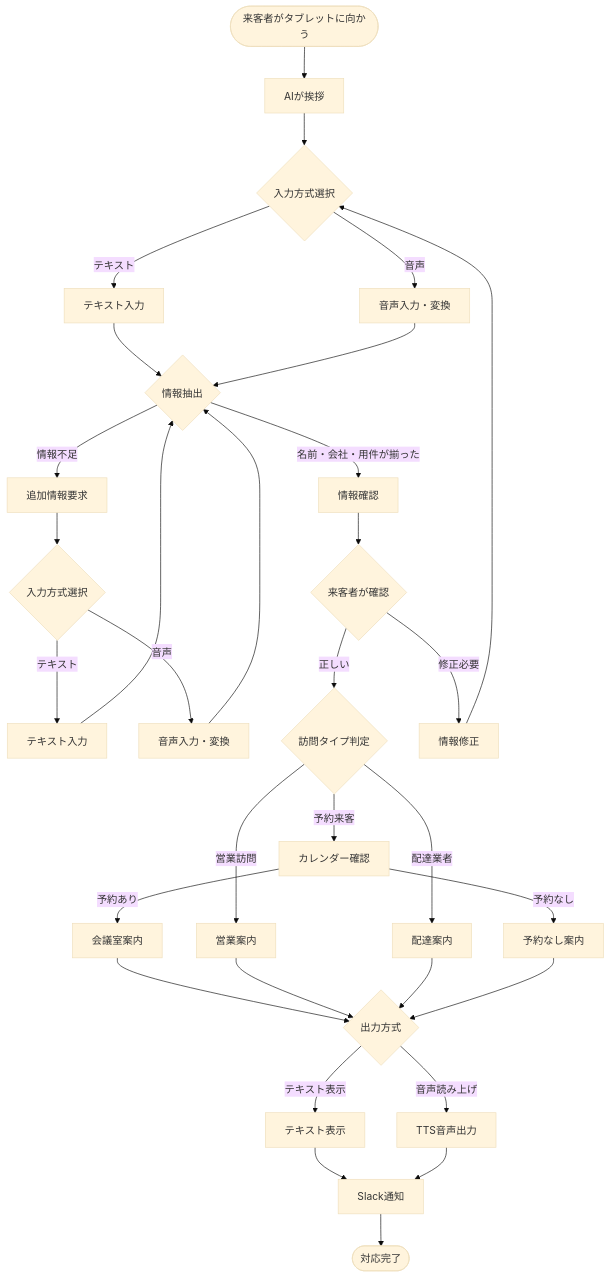
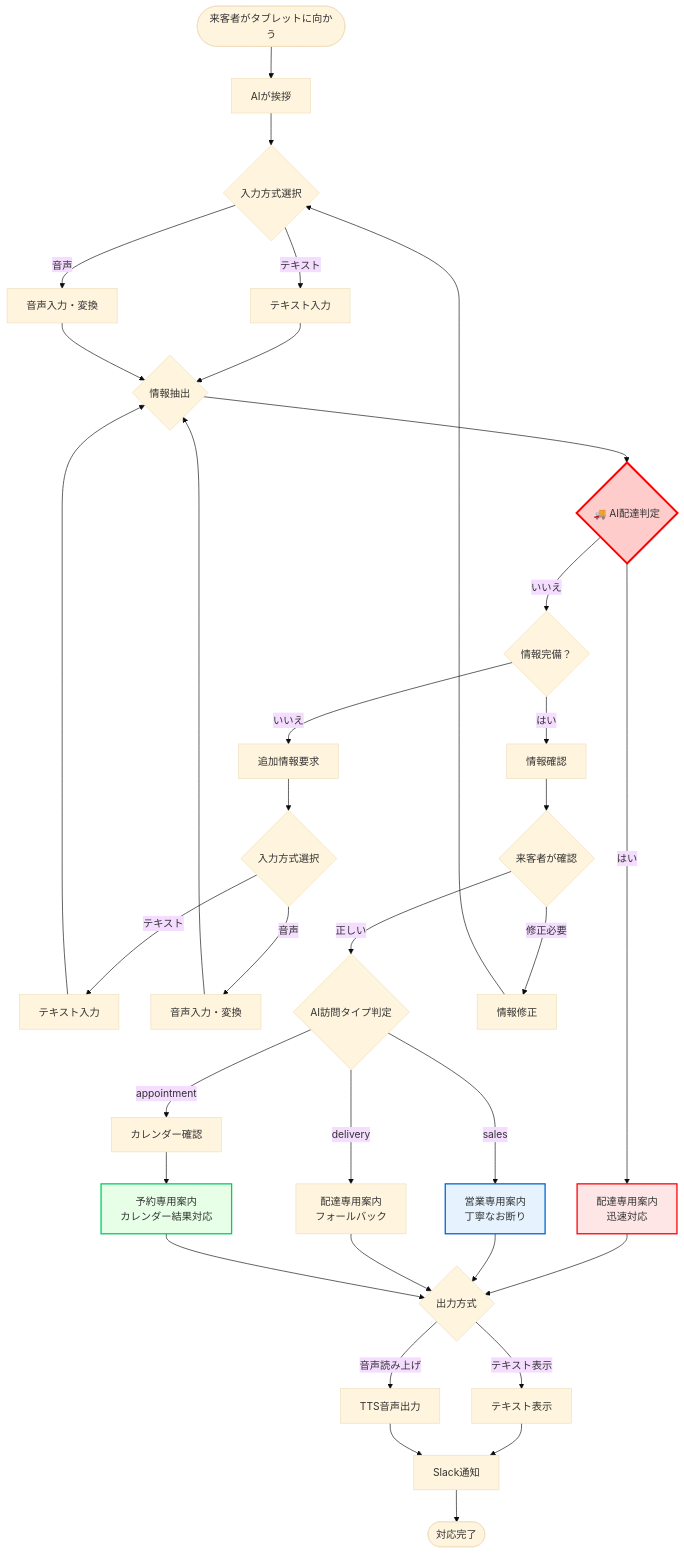
Before and after one commit to hossiiii/ai-reception: the second of 4 diagrams in README.md, drawn with Mermaid (base theme). The commit also changed other lines of this file and 4 other files, not shown here.

````diff
--- a/README.md
+++ b/README.md
@@ -464,47 +469,56 @@
 ```mermaid
 flowchart TD
     Start([来客者がタブレットに向かう])
     
     Start --> Greeting[AIが挨拶]
     Greeting --> InputChoice{入力方式選択}
     
     InputChoice -->|テキスト| TextInput[テキスト入力]
     InputChoice -->|音声| VoiceInput[音声入力・変換]
     
     TextInput --> InfoExtract{情報抽出}
     VoiceInput --> InfoExtract
     
-    InfoExtract -->|名前・会社・用件が揃った| Confirm[情報確認]
-    InfoExtract -->|情報不足| AskMore[追加情報要求]
+    InfoExtract --> DeliveryCheck{🚚 AI配達判定}
+    
+    DeliveryCheck -->|はい| DeliveryGuidance[配達専用案内<br/>迅速対応]
+    DeliveryCheck -->|いいえ| InfoComplete{情報完備？}
+    
+    InfoComplete -->|はい| Confirm[情報確認]
+    InfoComplete -->|いいえ| AskMore[追加情報要求]
     
     AskMore --> InputChoice2{入力方式選択}
     InputChoice2 -->|テキスト| TextInput2[テキスト入力]
     InputChoice2 -->|音声| VoiceInput2[音声入力・変換]
     TextInput2 --> InfoExtract
     VoiceInput2 --> InfoExtract
     
     Confirm --> UserConfirm{来客者が確認}
-    UserConfirm -->|正しい| TypeCheck{訪問タイプ判定}
+    UserConfirm -->|正しい| TypeCheck{AI訪問タイプ判定}
     UserConfirm -->|修正必要| Correction[情報修正]
     Correction --> InputChoice
     
-    TypeCheck -->|予約来客| CalendarCheck[カレンダー確認]
-    TypeCheck -->|営業訪問| SalesGuidance[営業案内]
-    TypeCheck -->|配達業者| DeliveryGuidance[配達案内]
+    TypeCheck -->|appointment| CalendarCheck[カレンダー確認]
+    TypeCheck -->|sales| SalesGuidance[営業専用案内<br/>丁寧なお断り]
+    TypeCheck -->|delivery| DeliveryGuidance2[配達専用案内<br/>フォールバック]
     
-    CalendarCheck -->|予約あり| MeetingGuidance[会議室案内]
-    CalendarCheck -->|予約なし| NoAppointment[予約なし案内]
+    CalendarCheck --> AppointmentGuidance[予約専用案内<br/>カレンダー結果対応]
     
-    MeetingGuidance --> OutputChoice{出力方式}
+    DeliveryGuidance --> OutputChoice{出力方式}
     SalesGuidance --> OutputChoice
-    DeliveryGuidance --> OutputChoice
-    NoAppointment --> OutputChoice
+    DeliveryGuidance2 --> OutputChoice
+    AppointmentGuidance --> OutputChoice
     
     OutputChoice -->|テキスト表示| TextOutput[テキスト表示]
     OutputChoice -->|音声読み上げ| TTSOutput[TTS音声出力]
     
     TextOutput --> SlackNotify[Slack通知]
     TTSOutput --> SlackNotify
     
     SlackNotify --> End([対応完了])
+    
+    style DeliveryCheck fill:#ffcccc,stroke:#ff0000,stroke-width:3px
+    style DeliveryGuidance fill:#ffe6e6,stroke:#ff0000,stroke-width:2px
+    style SalesGuidance fill:#e6f3ff,stroke:#0066cc,stroke-width:2px
+    style AppointmentGuidance fill:#e6ffe6,stroke:#00cc66,stroke-width:2px
 ```
````
